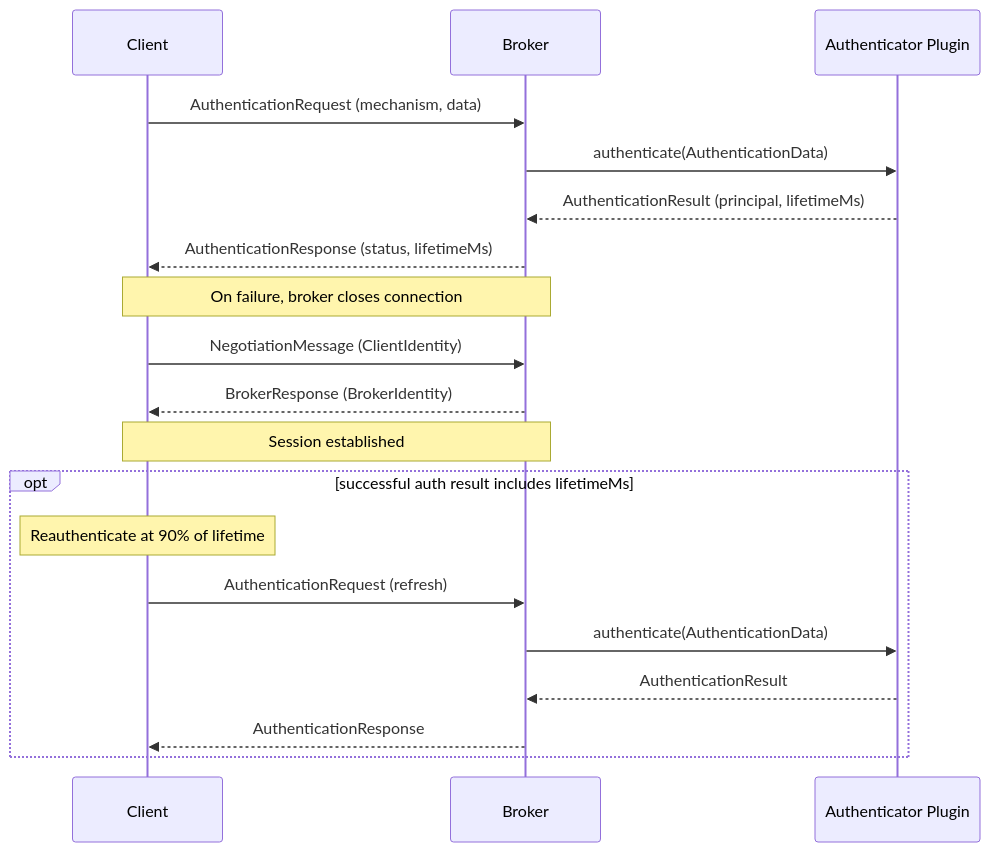
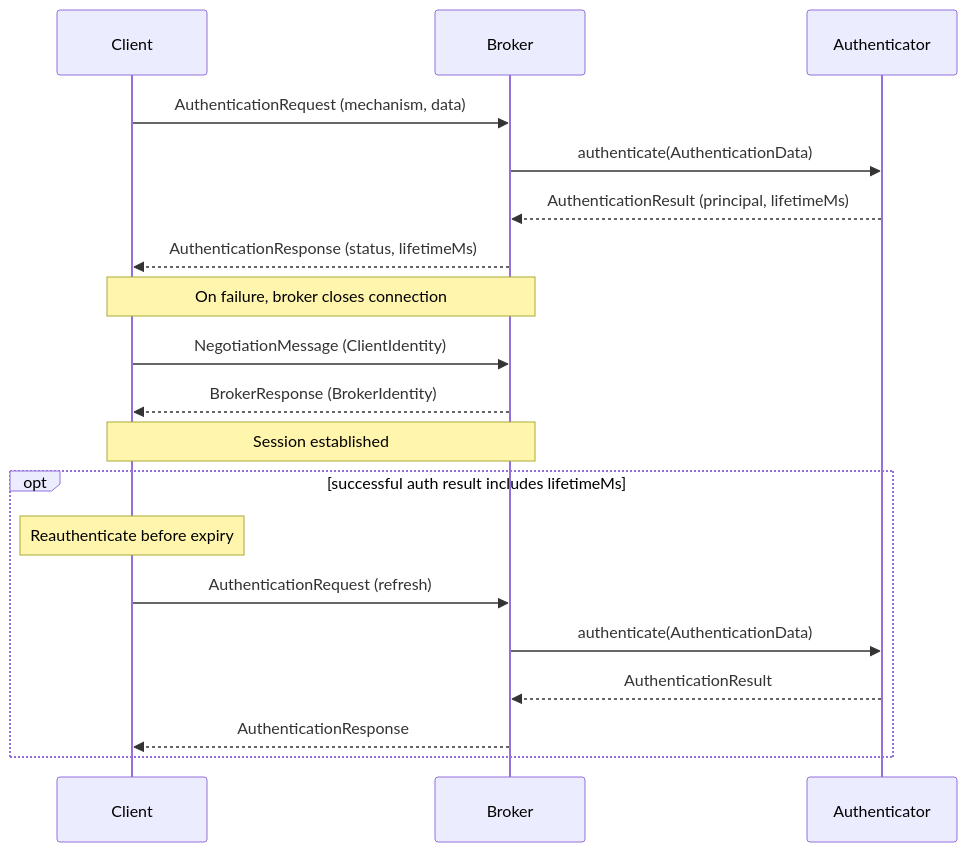
One commit to bloomberg/blazingmq changed the diagram in docs/features/security.md. Above: the diagram before and after it, drawn with Mermaid. The commit also changed other lines of this file and 1 other file, not shown here.

First line of the commit message:
Expand authentication documentation

````diff
--- a/docs/features/security.md
+++ b/docs/features/security.md
@@ -49,25 +60,25 @@
 ```mermaid
 sequenceDiagram
     participant Client
     participant Broker
-    participant Plugin as Authenticator Plugin
+    participant Authenticator
 
     Client->>Broker: AuthenticationRequest (mechanism, data)
-    Broker->>Plugin: authenticate(AuthenticationData)
-    Plugin-->>Broker: AuthenticationResult (principal, lifetimeMs)
+    Broker->>Authenticator: authenticate(AuthenticationData)
+    Authenticator-->>Broker: AuthenticationResult (principal, lifetimeMs)
     Broker-->>Client: AuthenticationResponse (status, lifetimeMs)
     Note over Broker,Client: On failure, broker closes connection
 
     Client->>Broker: NegotiationMessage (ClientIdentity)
     Broker-->>Client: BrokerResponse (BrokerIdentity)
 
     Note over Client,Broker: Session established
 
     opt successful auth result includes lifetimeMs
-        Note over Client: Reauthenticate at 90% of lifetime
+        Note over Client: Reauthenticate before expiry
         Client->>Broker: AuthenticationRequest (refresh)
-        Broker->>Plugin: authenticate(AuthenticationData)
-        Plugin-->>Broker: AuthenticationResult
+        Broker->>Authenticator: authenticate(AuthenticationData)
+        Authenticator-->>Broker: AuthenticationResult
         Broker-->>Client: AuthenticationResponse
     end
 ```
````
